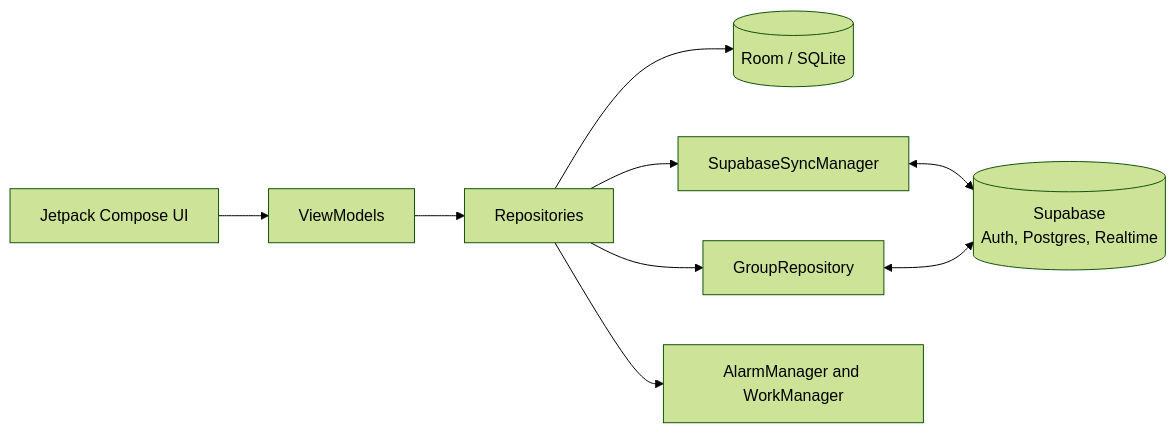
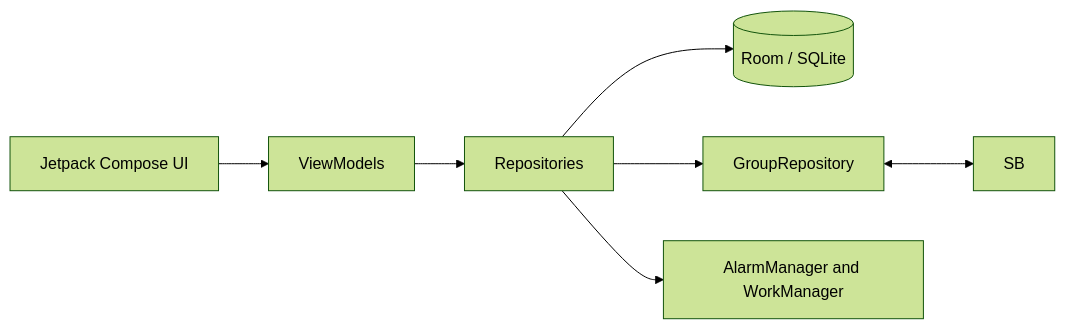
The diagram in README.md (ahmad-maqsood/unitask), drawn with Mermaid (forest theme) before and after one commit. The commit also changed other lines of this file and 1 other file, not shown here.

First line of the commit message:
docs: update documentation and schema notes for local-first storage

````diff
--- a/README.md
+++ b/README.md
@@ -181,11 +180,9 @@
 ```mermaid
 flowchart LR
     UI["Jetpack Compose UI"] --> VM["ViewModels"]
     VM --> Repo["Repositories"]
     Repo --> Room[("Room / SQLite")]
-    Repo --> Sync["SupabaseSyncManager"]
     Repo --> Groups["GroupRepository"]
-    Sync <--> SB[("Supabase<br/>Auth, Postgres, Realtime")]
     Groups <--> SB
     Repo --> Alarms["AlarmManager and WorkManager"]
 ```
````
